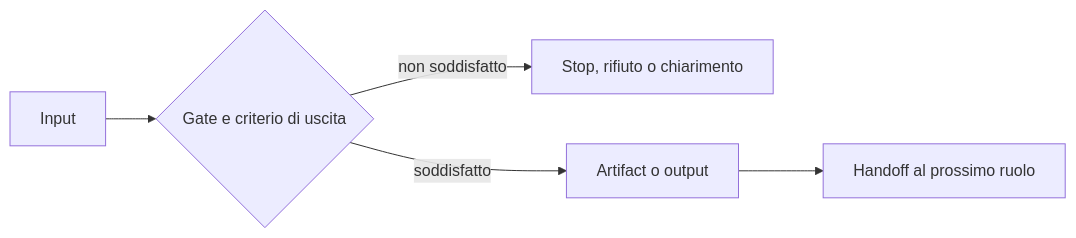
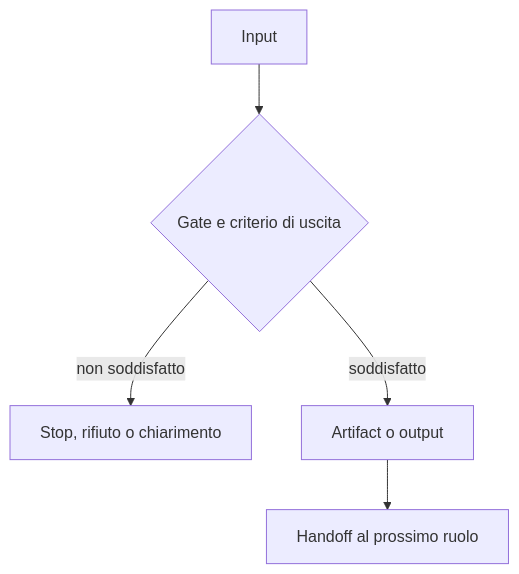
The diagram in role-maps/README.md (violabg/agentic-system-lessons), drawn with Mermaid before and after one commit. The commit also changed 47 other files, not shown here.

````diff
--- a/role-maps/README.md
+++ b/role-maps/README.md
@@ -11,7 +11,7 @@
 ```mermaid
-flowchart LR
+flowchart TD
 	Input[Input] --> Gate{Gate e criterio di uscita}
 	Gate -->|non soddisfatto| Stop[Stop, rifiuto o chiarimento]
 	Gate -->|soddisfatto| Artifact[Artifact o output]
 	Artifact --> Handoff[Handoff al prossimo ruolo]
 ```
````
